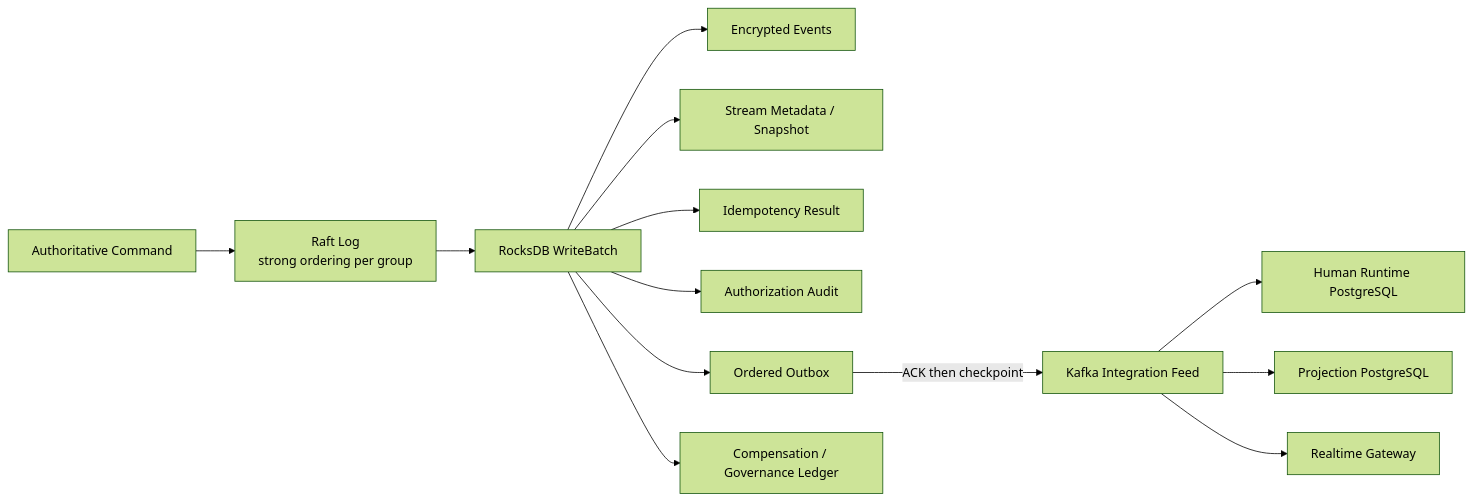
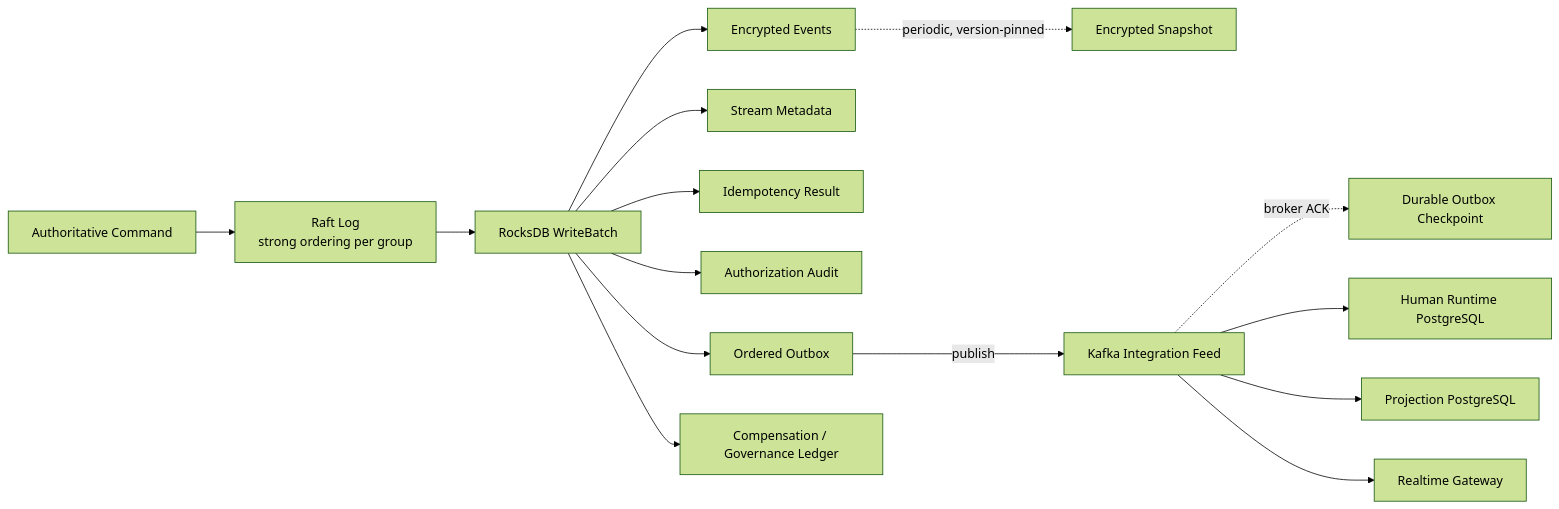
Before and after one commit to dangthobach/dangthobach.github.io: the sixth of 12 diagrams in quartz/content/BPMP-Platform/BPMP-Architecture-Technology-Deep-Dive.md, drawn with Mermaid (forest theme). The commit also changed other lines of this file and 1 other file, not shown here.

Commit message:
update diagram

````diff
--- a/quartz/content/BPMP-Platform/BPMP-Architecture-Technology-Deep-Dive.md
+++ b/quartz/content/BPMP-Platform/BPMP-Architecture-Technology-Deep-Dive.md
@@ -249,15 +236,17 @@
 ```mermaid
 flowchart LR
     CMD["Authoritative Command"] --> RAFT["Raft Log\nstrong ordering per group"]
     RAFT --> WB["RocksDB WriteBatch"]
     WB --> EV["Encrypted Events"]
-    WB --> STATE["Stream Metadata / Snapshot"]
+    WB --> STATE["Stream Metadata"]
     WB --> IDEM["Idempotency Result"]
     WB --> AUDIT["Authorization Audit"]
     WB --> OUTBOX["Ordered Outbox"]
     WB --> LEDGER["Compensation / Governance Ledger"]
-    OUTBOX -->|"ACK then checkpoint"| BUS["Kafka Integration Feed"]
+    EV -.->|"periodic, version-pinned"| SNAP["Encrypted Snapshot"]
+    OUTBOX -->|"publish"| BUS["Kafka Integration Feed"]
+    BUS -.->|"broker ACK"| CP["Durable Outbox Checkpoint"]
     BUS --> HRDB["Human Runtime PostgreSQL"]
     BUS --> QDB["Projection PostgreSQL"]
     BUS --> RT["Realtime Gateway"]
 ```
````
